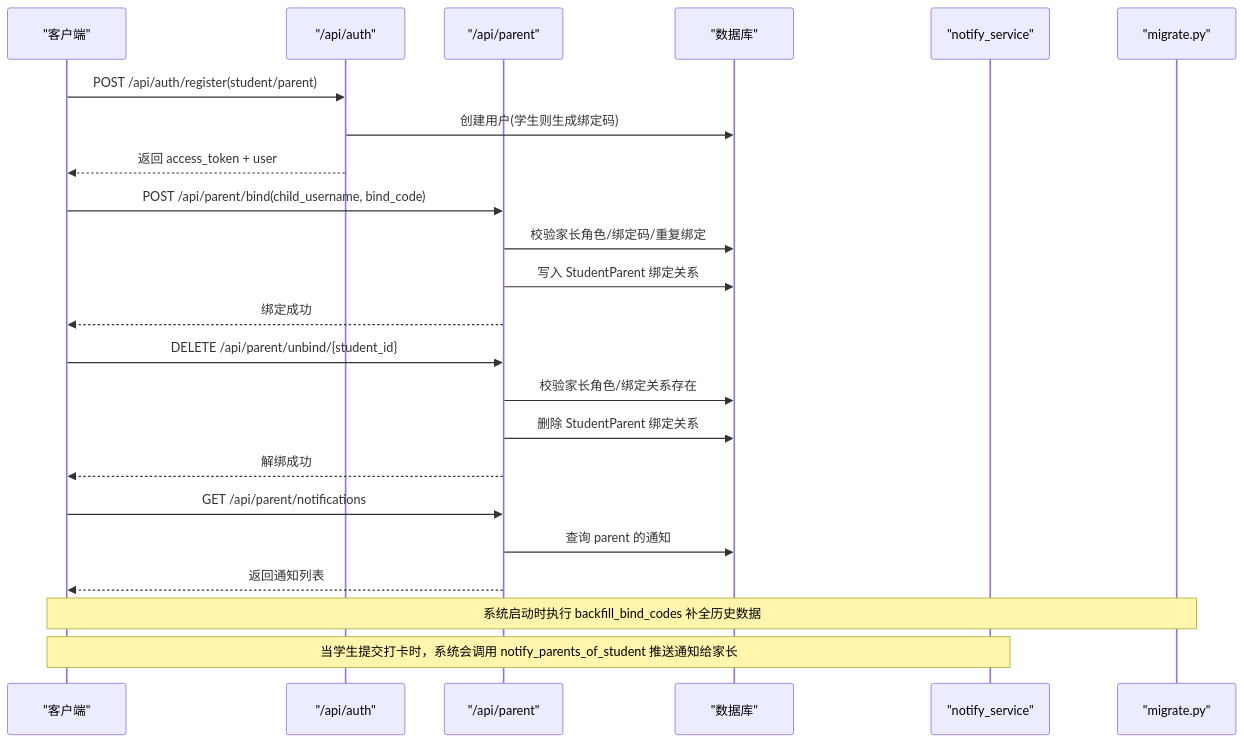
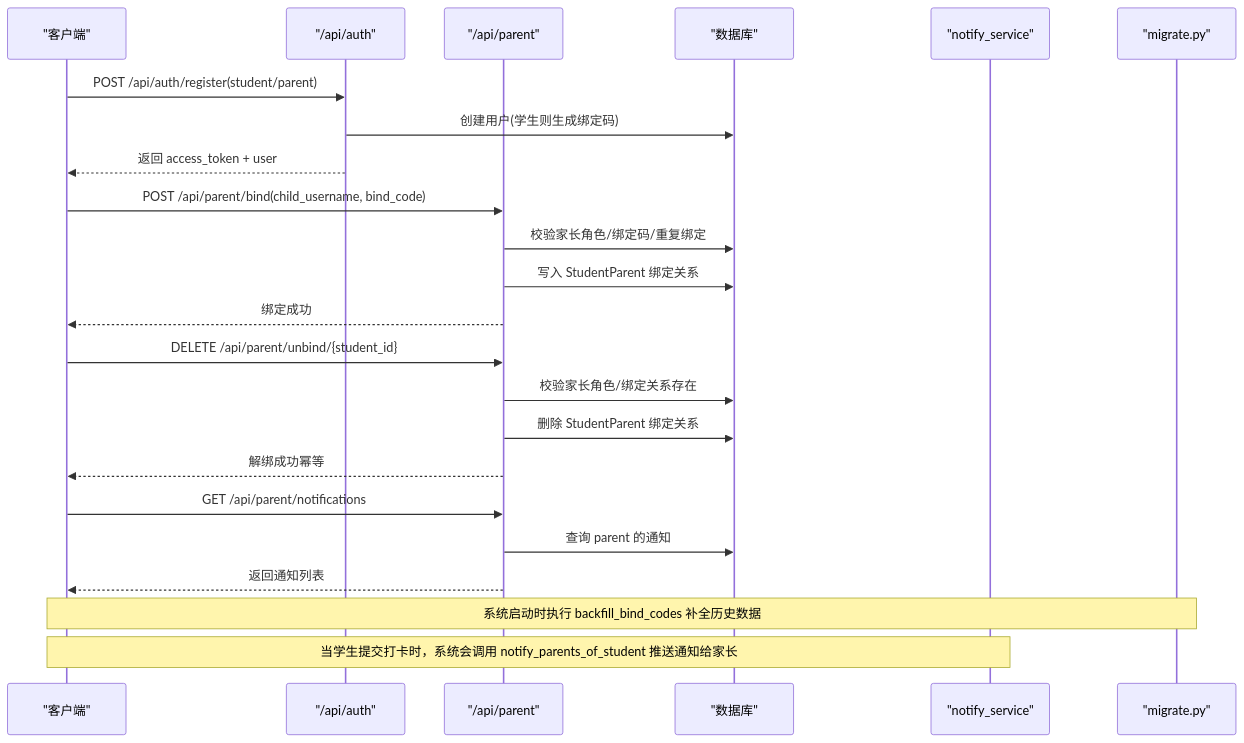
Before and after one commit to onebody/homework: the second of 6 diagrams in .qoder/repowiki/zh/content/API接口文档/家长绑定接口.md, drawn with Mermaid. The commit also changed other lines of this file and 15 other files, not shown here.

````diff
--- a/.qoder/repowiki/zh/content/API接口文档/家长绑定接口.md
+++ b/.qoder/repowiki/zh/content/API接口文档/家长绑定接口.md
@@ -138,25 +140,25 @@
 ```mermaid
 sequenceDiagram
 participant Client as "客户端"
 participant Auth as "/api/auth"
 participant Parent as "/api/parent"
 participant DB as "数据库"
 participant Notify as "notify_service"
 participant Migrate as "migrate.py"
 Client->>Auth : POST /api/auth/register(student/parent)
 Auth->>DB : 创建用户(学生则生成绑定码)
 Auth-->>Client : 返回 access_token + user
 Client->>Parent : POST /api/parent/bind(child_username, bind_code)
 Parent->>DB : 校验家长角色/绑定码/重复绑定
 Parent->>DB : 写入 StudentParent 绑定关系
 Parent-->>Client : 绑定成功
 Client->>Parent : DELETE /api/parent/unbind/{student_id}
 Parent->>DB : 校验家长角色/绑定关系存在
 Parent->>DB : 删除 StudentParent 绑定关系
-Parent-->>Client : 解绑成功
+Parent-->>Client : 解绑成功幂等
 Client->>Parent : GET /api/parent/notifications
 Parent->>DB : 查询 parent 的通知
 Parent-->>Client : 返回通知列表
 Note over Client,Migrate : 系统启动时执行 backfill_bind_codes 补全历史数据
 Note over Client,Notify : 当学生提交打卡时，系统会调用 notify_parents_of_student 推送通知给家长
 ```
````
